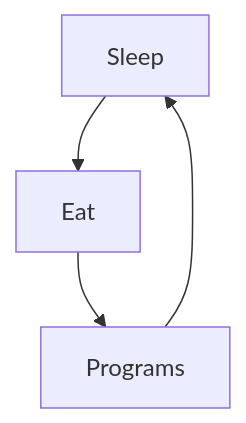
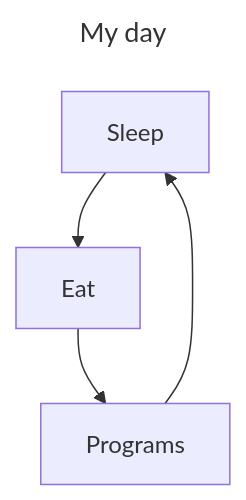
One commit to Eppepa03/Eppepa03 changed the first of 2 diagrams in README.md. Above: the diagram before and after it, drawn with Mermaid.

````diff
--- a/README.md
+++ b/README.md
@@ -15,6 +15,9 @@
 ```mermaid
+---
+title: My day
+---
 graph TD;
     Sleep-->Eat;
     Eat-->Programs;
     Programs-->Sleep;
 ```
````
